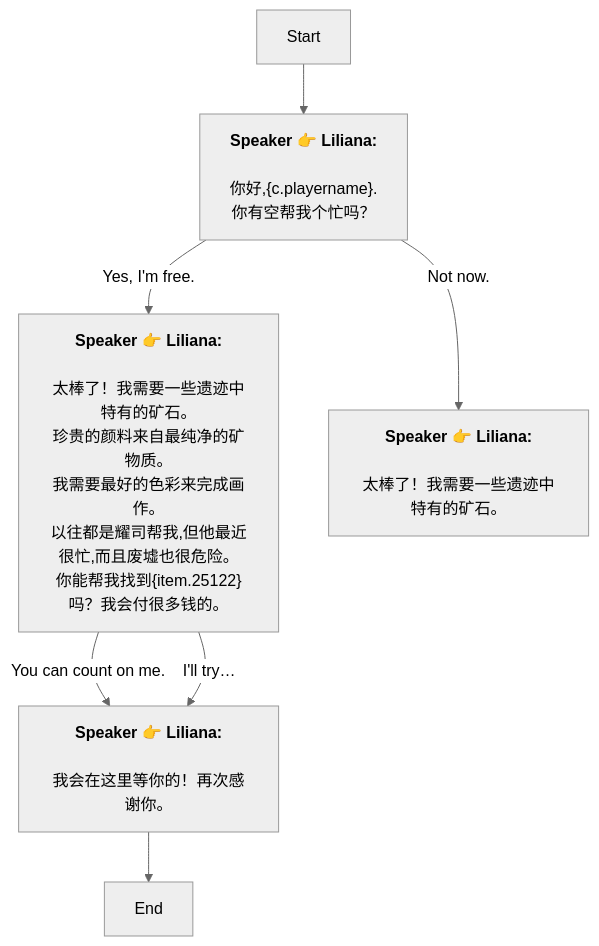
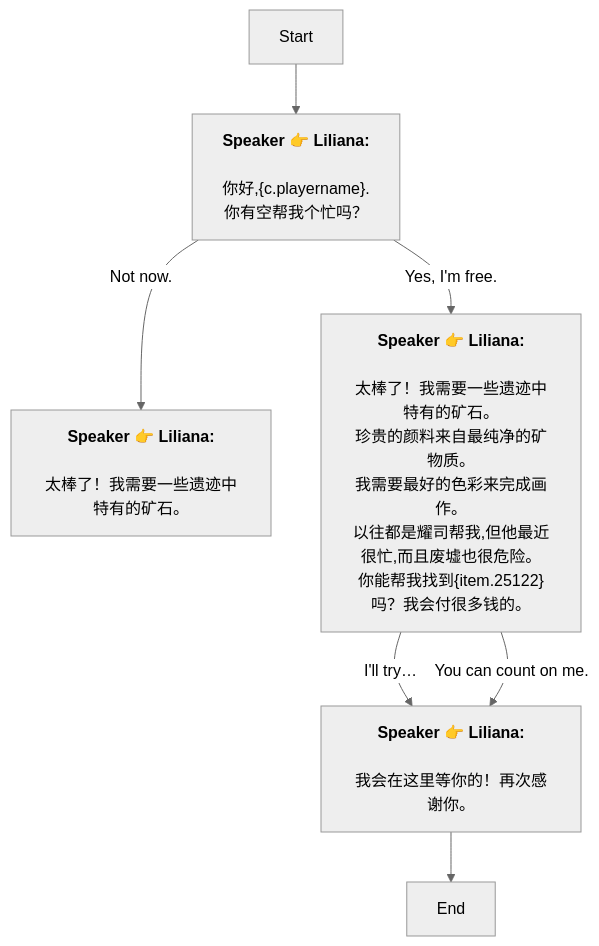
One commit to SoftHu/tos_avg changed the diagram in Zh/Dialog_55274881943531.md. Above: the diagram before and after it, drawn with Mermaid (neutral theme). The commit also changed other lines of this file and 780 other files, not shown here.

````diff
--- a/Zh/Dialog_55274881943531.md
+++ b/Zh/Dialog_55274881943531.md
@@ -1,17 +1,17 @@
 ```mermaid
 graph
 Start -->1768796755592191[<b>Speaker 👉 Liliana:</b>
 \n你好,&lbrace;c.playername&rbrace;.
 你有空帮我个忙吗？]
+1768796755592191 -->|Not now.|1768801758507014[<b>Speaker 👉 Liliana:</b>
+\n太棒了！我需要一些遗迹中特有的矿石。]
 1768796755592191 -->|Yes, I'm free.|1768799370779653[<b>Speaker 👉 Liliana:</b>
 \n太棒了！我需要一些遗迹中特有的矿石。\n珍贵的颜料来自最纯净的矿物质。
 我需要最好的色彩来完成画作。\n以往都是耀司帮我,但他最近很忙,而且废墟也很危险。\n你能帮我找到&lbrace;item.25122&rbrace;吗？我会付很多钱的。]
-1768796755592191 -->|Not now.|1768801758507014[<b>Speaker 👉 Liliana:</b>
-\n太棒了！我需要一些遗迹中特有的矿石。]
+1768799370779653 -->|I'll try…|1768801864766477[<b>Speaker 👉 Liliana:</b>
+\n我会在这里等你的！再次感谢你。]
 1768799370779653 -->|You can count on me.|1768801864766477[<b>Speaker 👉 Liliana:</b>
-\n我会在这里等你的！再次感谢你。]
-1768799370779653 -->|I'll try…|1768801864766477[<b>Speaker 👉 Liliana:</b>
 \n我会在这里等你的！再次感谢你。]
 1768801864766477 -->1768796745671678[End]
 
 ```
````
